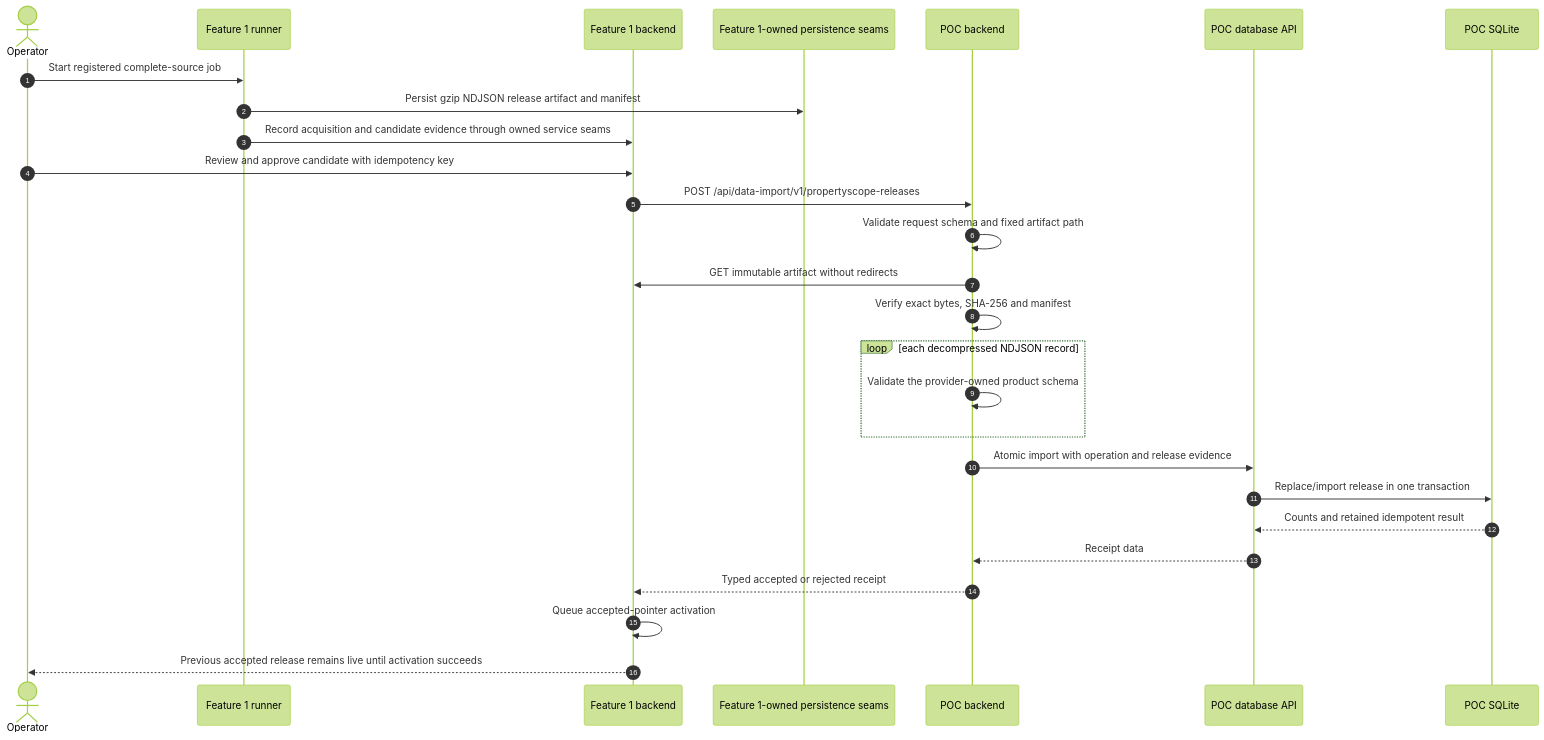
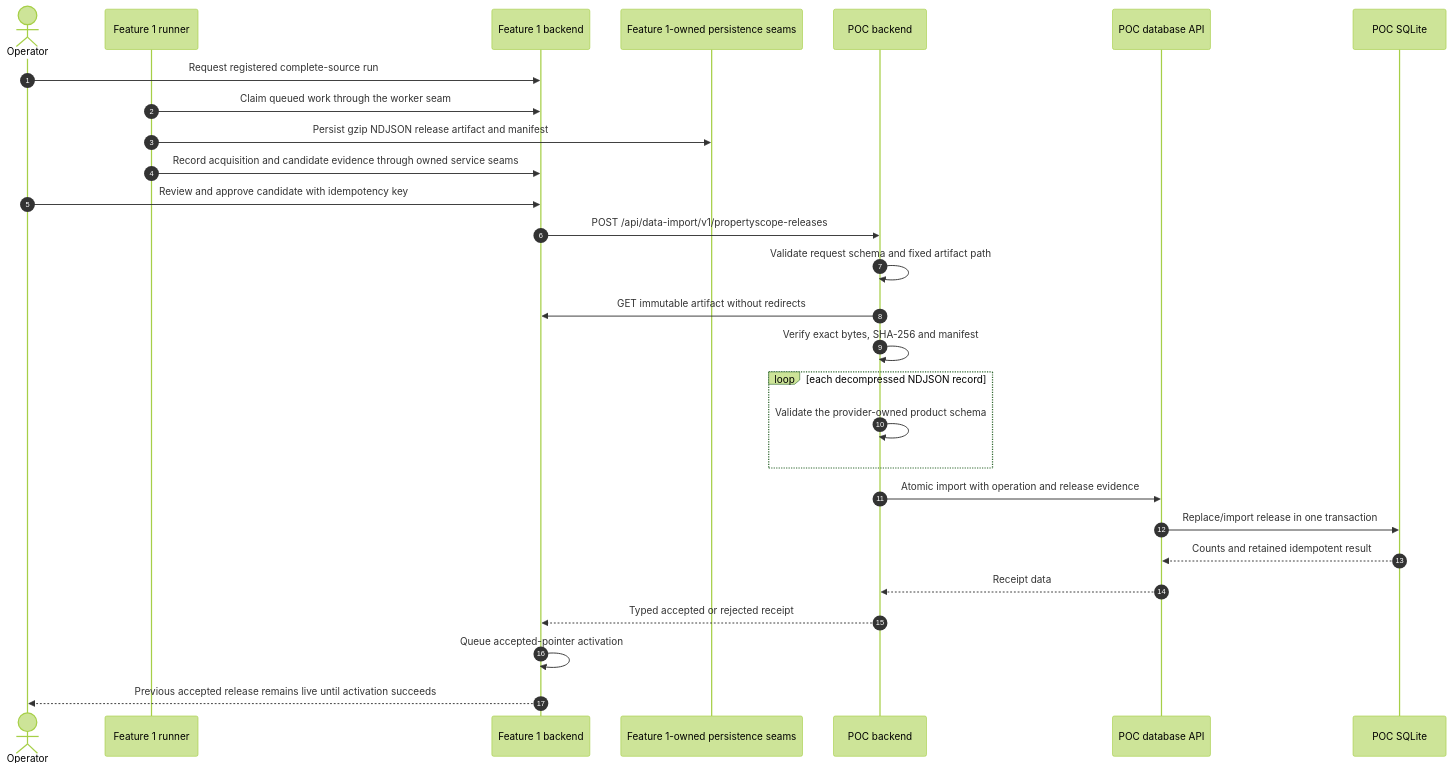
One commit to MattShelton04/41026ASDProject changed the fourth of 7 diagrams in docs/architecture/feature-6-integration-poc.md. Above: the diagram before and after it, drawn with Mermaid (forest theme). The commit also changed other lines of this file, not shown here.

````diff
--- a/docs/architecture/feature-6-integration-poc.md
+++ b/docs/architecture/feature-6-integration-poc.md
@@ -165,30 +165,31 @@
 ```mermaid
 sequenceDiagram
     autonumber
     actor Operator
     participant R as Feature 1 runner
     participant F1 as Feature 1 backend
     participant FS as Feature 1-owned persistence seams
     participant C as POC backend
     participant D as POC database API
     participant S as POC SQLite
 
-    Operator->>R: Start registered complete-source job
+    Operator->>F1: Request registered complete-source run
+    R->>F1: Claim queued work through the worker seam
     R->>FS: Persist gzip NDJSON release artifact and manifest
     R->>F1: Record acquisition and candidate evidence through owned service seams
     Operator->>F1: Review and approve candidate with idempotency key
     F1->>C: POST /api/data-import/v1/propertyscope-releases
     C->>C: Validate request schema and fixed artifact path
     C->>F1: GET immutable artifact without redirects
     C->>C: Verify exact bytes, SHA-256 and manifest
     loop each decompressed NDJSON record
         C->>C: Validate the provider-owned product schema
     end
     C->>D: Atomic import with operation and release evidence
     D->>S: Replace/import release in one transaction
     S-->>D: Counts and retained idempotent result
     D-->>C: Receipt data
     C-->>F1: Typed accepted or rejected receipt
     F1->>F1: Queue accepted-pointer activation
     F1-->>Operator: Previous accepted release remains live until activation succeeds
 ```
````
